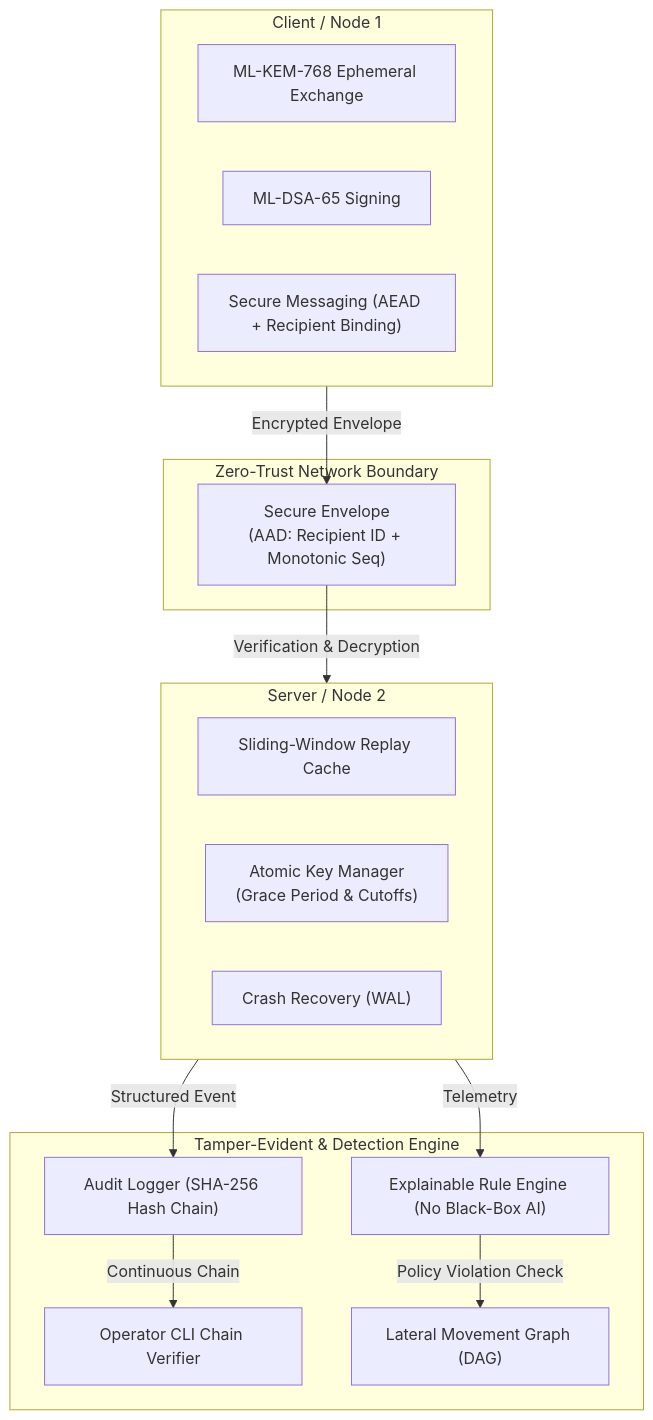
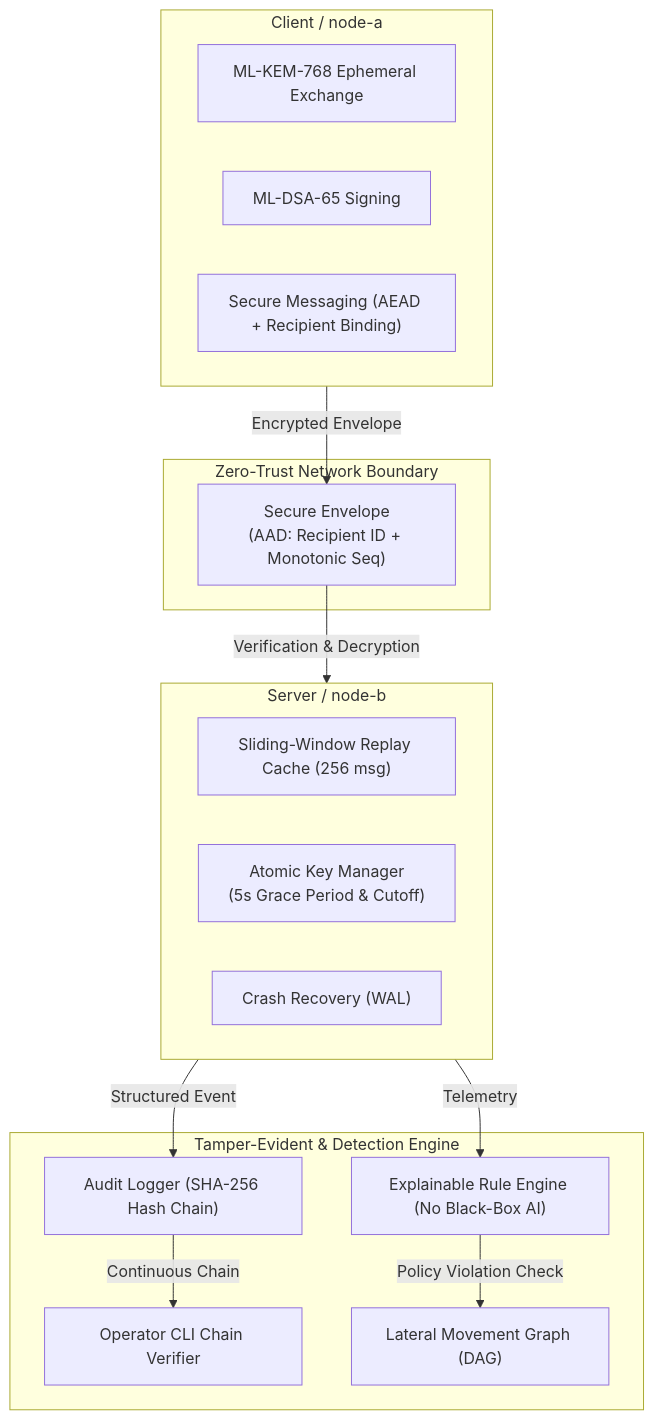
One commit to mayank-xrz/trust---verify changed the diagram in README.md. Above: the diagram before and after it, drawn with Mermaid. The commit also changed other lines of this file and 4 other files, not shown here.

````diff
--- a/README.md
+++ b/README.md
@@ -14,32 +15,32 @@
 ```mermaid
 flowchart TD
-    subgraph Client ["Client / Node 1"]
+    subgraph Client ["Client / node-a"]
         KEM_A["ML-KEM-768 Ephemeral Exchange"]
         SIG_A["ML-DSA-65 Signing"]
         MSG_A["Secure Messaging (AEAD + Recipient Binding)"]
     end
 
     subgraph Network ["Zero-Trust Network Boundary"]
         ENV["Secure Envelope\n(AAD: Recipient ID + Monotonic Seq)"]
     end
 
-    subgraph Server ["Server / Node 2"]
-        REPLAY["Sliding-Window Replay Cache"]
-        KM["Atomic Key Manager\n(Grace Period & Cutoffs)"]
+    subgraph Server ["Server / node-b"]
+        REPLAY["Sliding-Window Replay Cache (256 msg)"]
+        KM["Atomic Key Manager\n(5s Grace Period & Cutoff)"]
         WAL["Crash Recovery (WAL)"]
     end
 
     subgraph Security ["Tamper-Evident & Detection Engine"]
         LOG["Audit Logger (SHA-256 Hash Chain)"]
         VERIFY["Operator CLI Chain Verifier"]
         DETECTOR["Explainable Rule Engine (No Black-Box AI)"]
         LATERAL["Lateral Movement Graph (DAG)"]
     end
 
     Client -->|Encrypted Envelope| ENV
     ENV -->|Verification & Decryption| Server
     Server -->|Structured Event| LOG
     LOG -->|Continuous Chain| VERIFY
     Server -->|Telemetry| DETECTOR
     DETECTOR -->|Policy Violation Check| LATERAL
 ```
````
